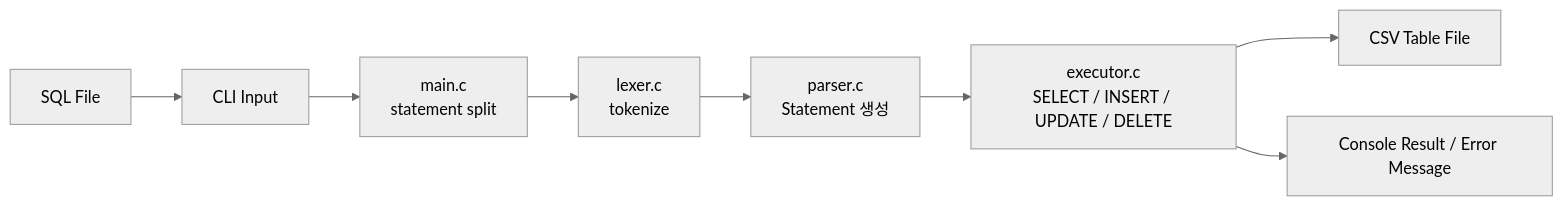
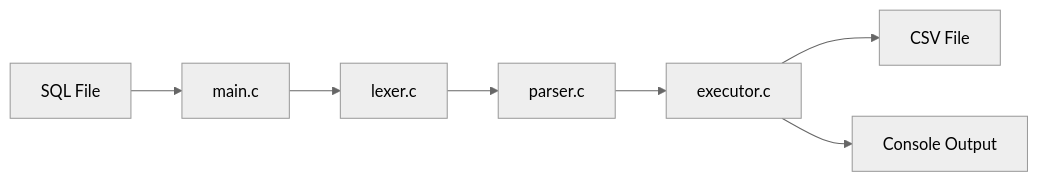
The diagram in README.md (Wish-Upon-A-Star/SQL-B-Tree), drawn with Mermaid (neutral theme) before and after one commit. The commit also changed other lines of this file and 1 other file, not shown here.

````diff
--- a/README.md
+++ b/README.md
@@ -25,10 +19,9 @@
 ```mermaid
 flowchart LR
-    A["SQL File"] --> B["CLI Input"]
-    B --> C["main.c<br/>statement split"]
-    C --> D["lexer.c<br/>tokenize"]
-    D --> E["parser.c<br/>Statement 생성"]
-    E --> F["executor.c<br/>SELECT / INSERT / UPDATE / DELETE"]
-    F --> G["CSV Table File"]
-    F --> H["Console Result / Error Message"]
+    A["SQL File"] --> B["main.c"]
+    B --> C["lexer.c"]
+    C --> D["parser.c"]
+    D --> E["executor.c"]
+    E --> F["CSV File"]
+    E --> G["Console Output"]
 ```
````
